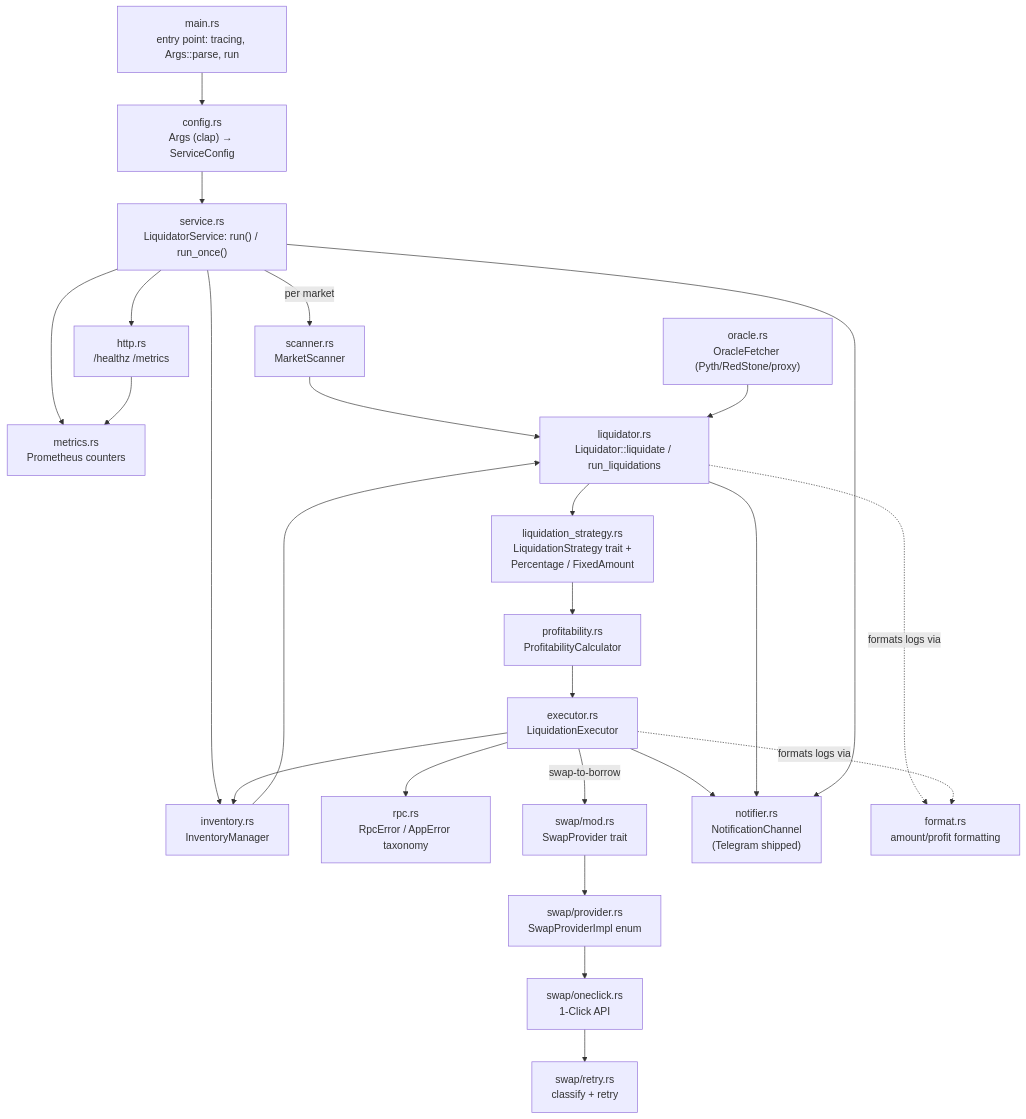
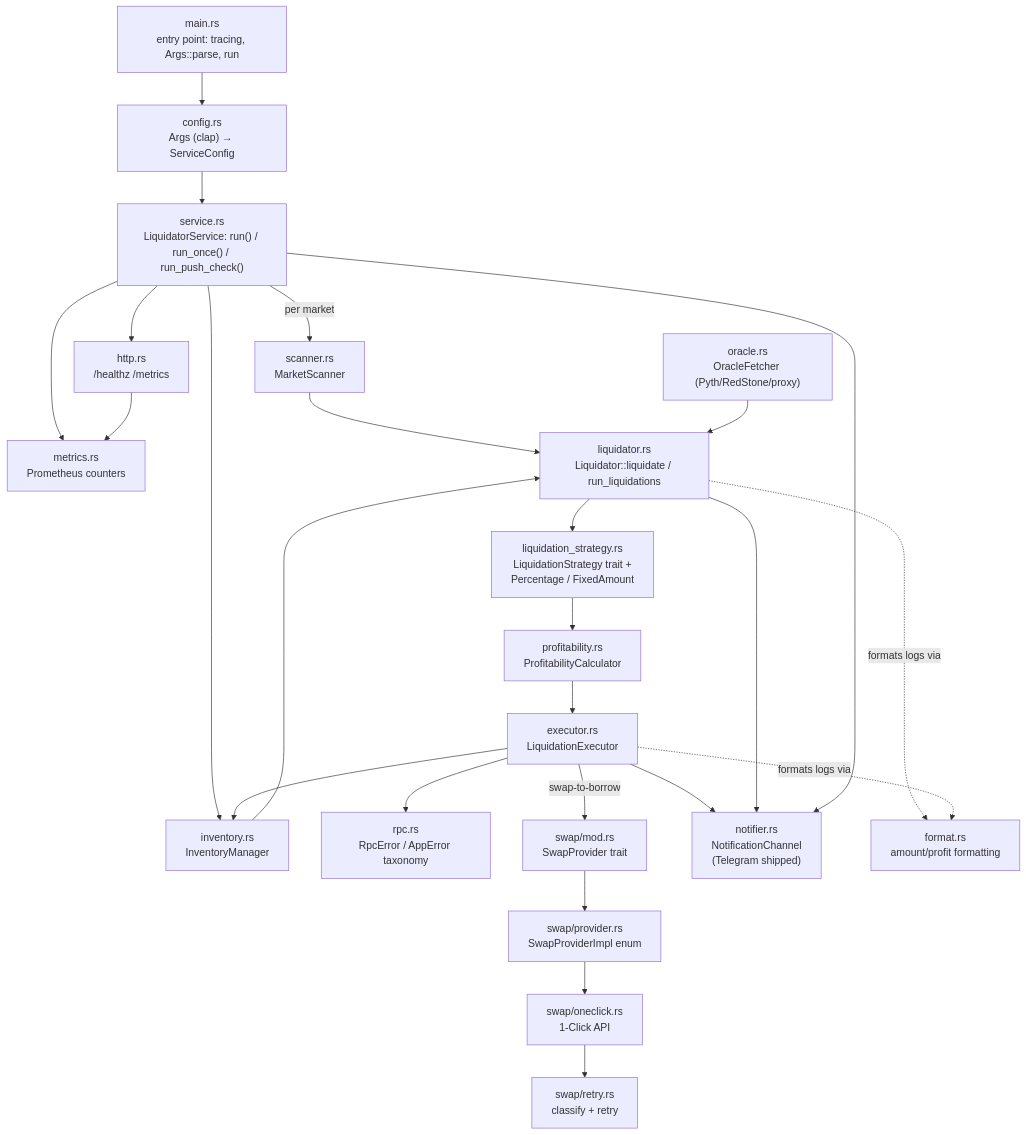
One commit to Templar-Protocol/templar-liquidator changed the diagram in docs/architecture.md. Above: the diagram before and after it, drawn with Mermaid. The commit also changed 12 other files, not shown here.

First line of the commit message:
RUN_MODE=push-check: prove the on-chain price push without a liquidation (#51)

````diff
--- a/docs/architecture.md
+++ b/docs/architecture.md
@@ -7,36 +7,36 @@
 ```mermaid
 flowchart TD
     Main["main.rs<br/>entry point: tracing, Args::parse, run"]
     Config["config.rs<br/>Args (clap) → ServiceConfig"]
-    Service["service.rs<br/>LiquidatorService: run() / run_once()"]
+    Service["service.rs<br/>LiquidatorService: run() / run_once() / run_push_check()"]
 
     Main --> Config --> Service
 
     Service -->|per market| Scanner["scanner.rs<br/>MarketScanner"]
     Service --> Inventory["inventory.rs<br/>InventoryManager"]
     Service --> Metrics["metrics.rs<br/>Prometheus counters"]
     Service --> Http["http.rs<br/>/healthz /metrics"]
     Http --> Metrics
 
     Scanner --> Liquidator["liquidator.rs<br/>Liquidator::liquidate / run_liquidations"]
     Oracle["oracle.rs<br/>OracleFetcher (Pyth/RedStone/proxy)"] --> Liquidator
     Inventory --> Liquidator
 
     Liquidator --> Strategy["liquidation_strategy.rs<br/>LiquidationStrategy trait +<br/>Percentage / FixedAmount"]
     Strategy --> Profitability["profitability.rs<br/>ProfitabilityCalculator"]
     Profitability --> Executor["executor.rs<br/>LiquidationExecutor"]
 
     Executor --> Inventory
     Executor --> Rpc["rpc.rs<br/>RpcError / AppError taxonomy"]
     Executor -->|swap-to-borrow| SwapMod["swap/mod.rs<br/>SwapProvider trait"]
     SwapMod --> SwapImpl["swap/provider.rs<br/>SwapProviderImpl enum"]
     SwapImpl --> OneClick["swap/oneclick.rs<br/>1-Click API"]
     OneClick --> Retry["swap/retry.rs<br/>classify + retry"]
 
     Executor --> Notifier["notifier.rs<br/>NotificationChannel<br/>(Telegram shipped)"]
     Liquidator --> Notifier
     Service --> Notifier
 
     Liquidator -.formats logs via.-> Format["format.rs<br/>amount/profit formatting"]
     Executor -.formats logs via.-> Format
 ```
````
